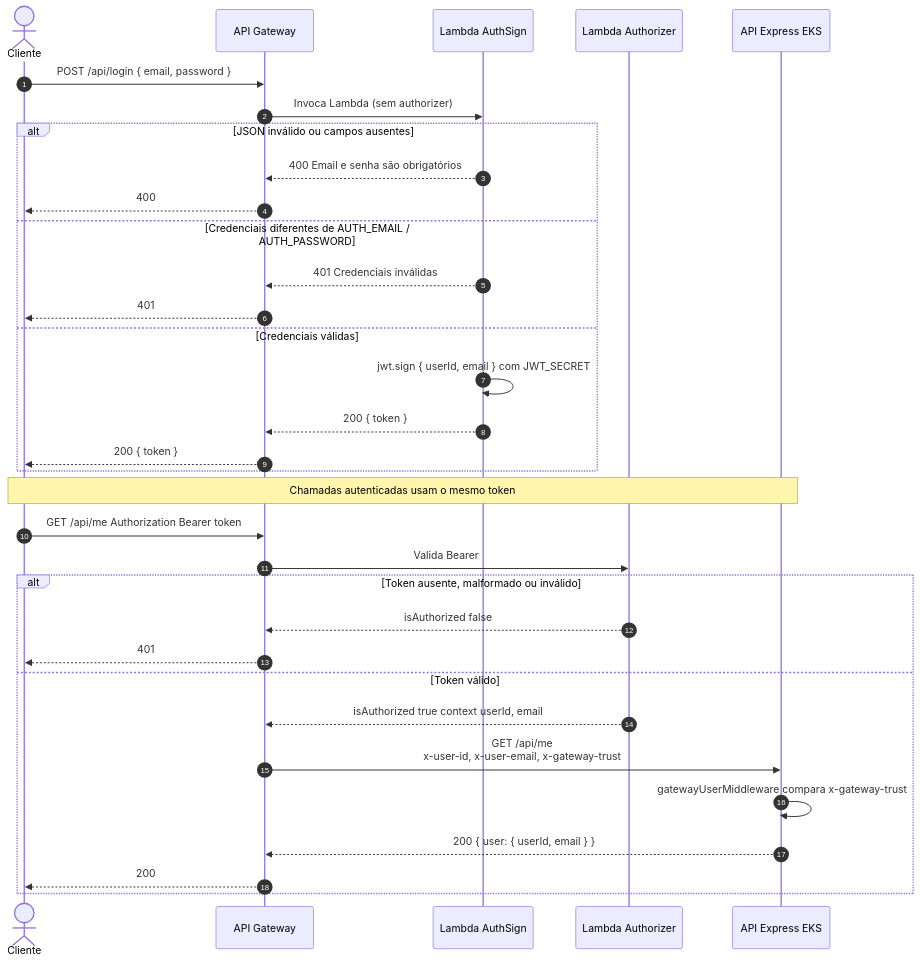
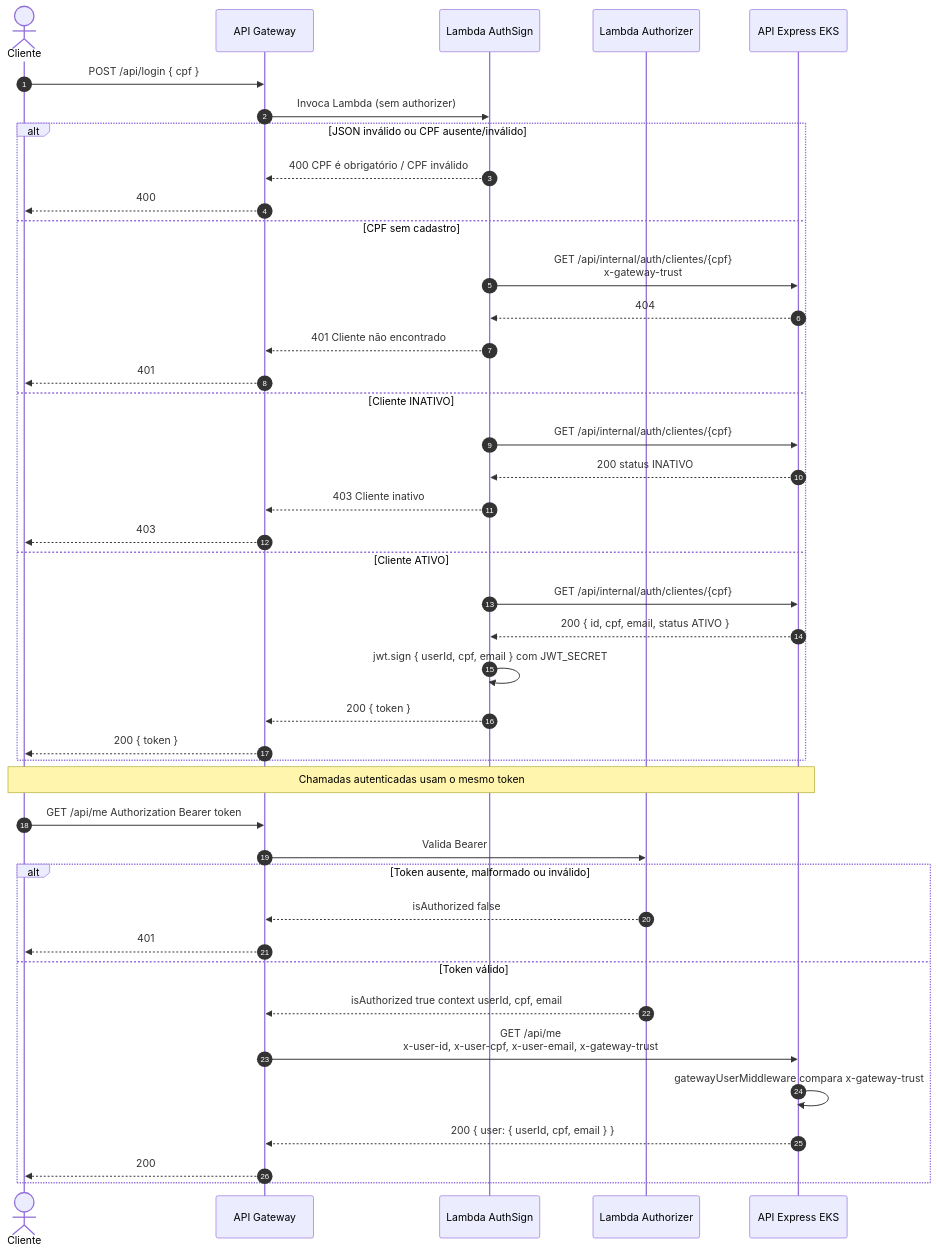
One commit to RuannGodinho/TechChallenge-lambda-auth changed the diagram in docs/ARQUITETURA-SEQUENCIA-AUTENTICACAO.md. Above: the diagram before and after it, drawn with Mermaid. The commit also changed other lines of this file and 23 other files, not shown here.

Commit message:
Authenticate login by CPF against the oficina API instead of mock email/password.

````diff
--- a/docs/ARQUITETURA-SEQUENCIA-AUTENTICACAO.md
+++ b/docs/ARQUITETURA-SEQUENCIA-AUTENTICACAO.md
@@ -17,40 +17,49 @@
 ```mermaid
 sequenceDiagram
   autonumber
   actor Cliente
   participant GW as API Gateway
   participant Sign as Lambda AuthSign
   participant AuthZ as Lambda Authorizer
   participant API as API Express EKS
 
-  Cliente->>GW: POST /api/login { email, password }
+  Cliente->>GW: POST /api/login { cpf }
   GW->>Sign: Invoca Lambda (sem authorizer)
 
-  alt JSON inválido ou campos ausentes
-    Sign-->>GW: 400 Email e senha são obrigatórios
+  alt JSON inválido ou CPF ausente/inválido
+    Sign-->>GW: 400 CPF é obrigatório / CPF inválido
     GW-->>Cliente: 400
-  else Credenciais diferentes de AUTH_EMAIL / AUTH_PASSWORD
-    Sign-->>GW: 401 Credenciais inválidas
+  else CPF sem cadastro
+    Sign->>API: GET /api/internal/auth/clientes/{cpf}<br/>x-gateway-trust
+    API-->>Sign: 404
+    Sign-->>GW: 401 Cliente não encontrado
     GW-->>Cliente: 401
-  else Credenciais válidas
-    Sign->>Sign: jwt.sign { userId, email } com JWT_SECRET
+  else Cliente INATIVO
+    Sign->>API: GET /api/internal/auth/clientes/{cpf}
+    API-->>Sign: 200 status INATIVO
+    Sign-->>GW: 403 Cliente inativo
+    GW-->>Cliente: 403
+  else Cliente ATIVO
+    Sign->>API: GET /api/internal/auth/clientes/{cpf}
+    API-->>Sign: 200 { id, cpf, email, status ATIVO }
+    Sign->>Sign: jwt.sign { userId, cpf, email } com JWT_SECRET
     Sign-->>GW: 200 { token }
     GW-->>Cliente: 200 { token }
   end
 
   Note over Cliente,API: Chamadas autenticadas usam o mesmo token
 
   Cliente->>GW: GET /api/me  Authorization Bearer token
   GW->>AuthZ: Valida Bearer
 
   alt Token ausente, malformado ou inválido
     AuthZ-->>GW: isAuthorized false
     GW-->>Cliente: 401
   else Token válido
-    AuthZ-->>GW: isAuthorized true  context userId, email
-    GW->>API: GET /api/me<br/>x-user-id, x-user-email, x-gateway-trust
+    AuthZ-->>GW: isAuthorized true  context userId, cpf, email
+    GW->>API: GET /api/me<br/>x-user-id, x-user-cpf, x-user-email, x-gateway-trust
     API->>API: gatewayUserMiddleware compara x-gateway-trust
-    API-->>GW: 200 { user: { userId, email } }
+    API-->>GW: 200 { user: { userId, cpf, email } }
     GW-->>Cliente: 200
   end
 ```
````
